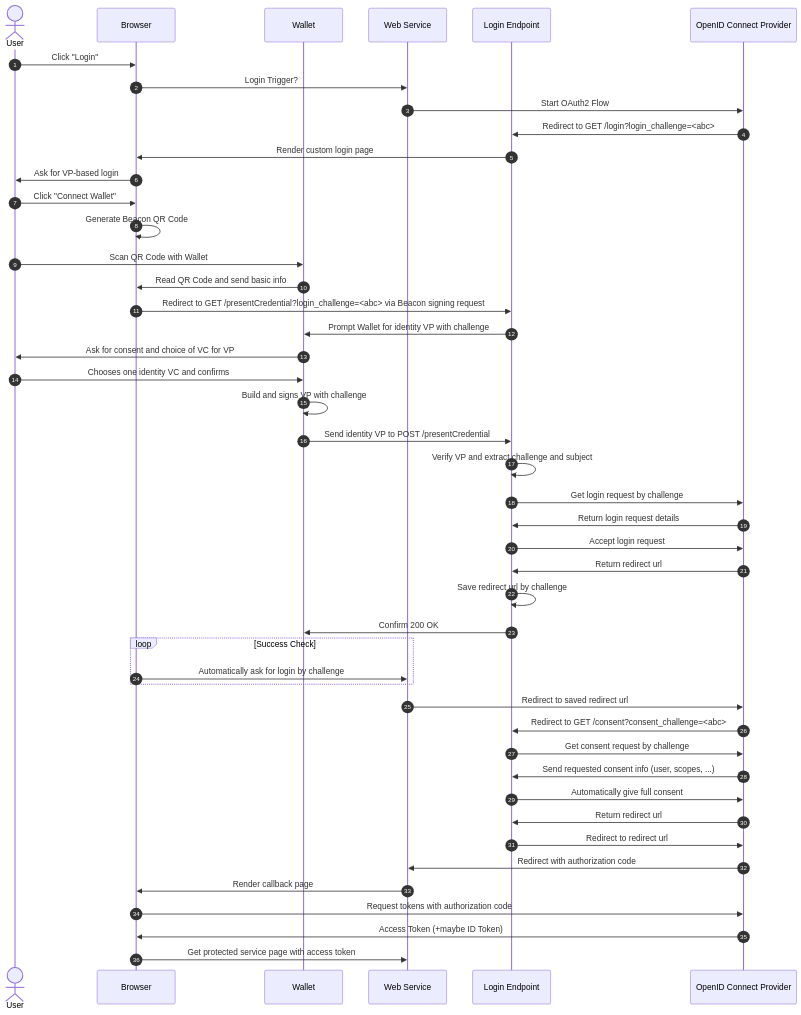
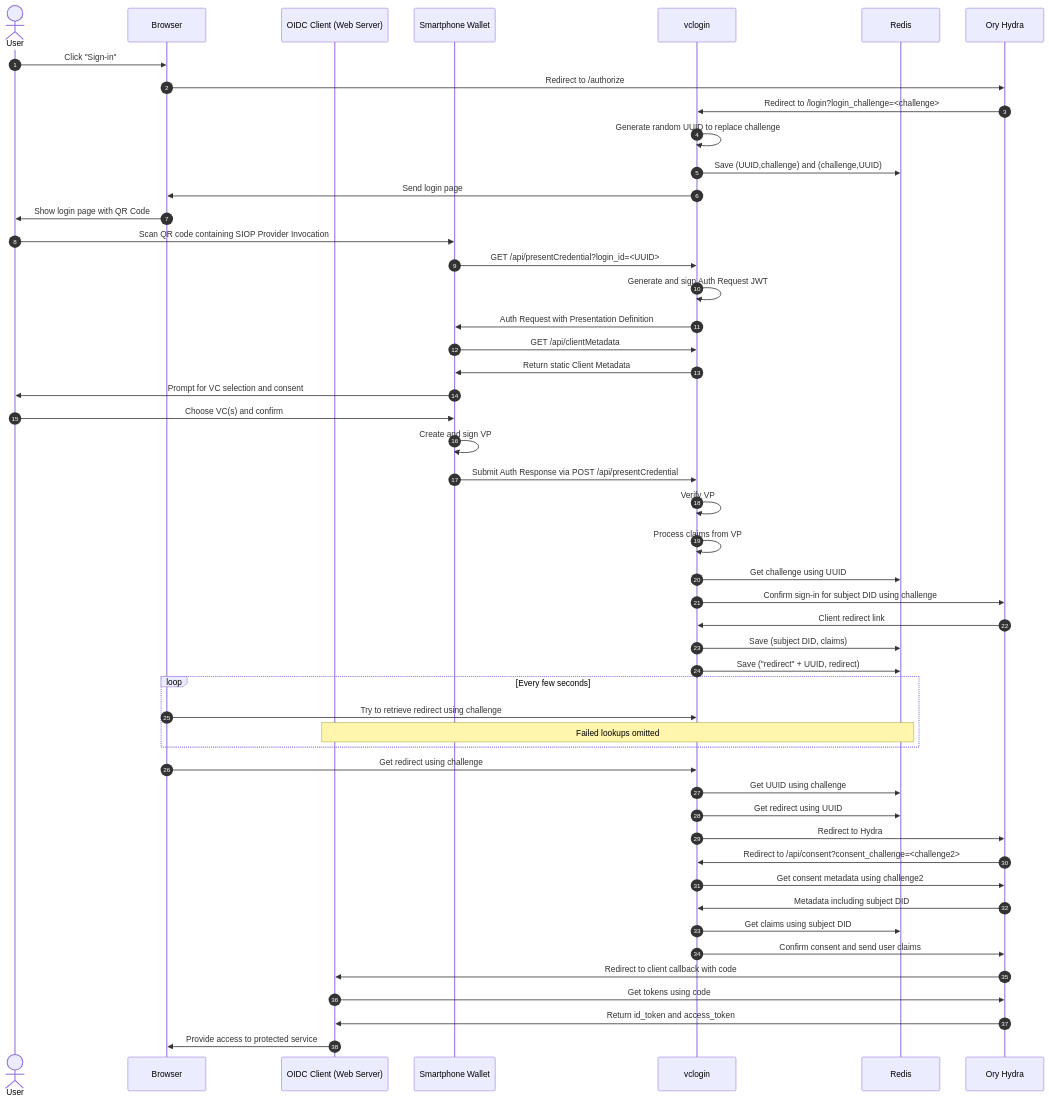
The second of 2 diagrams in README.md (GAIA-X4PLC-AAD/ssi-to-oidc-bridge), drawn with Mermaid before and after one commit. The commit also changed other lines of this file and 29 other files, not shown here.

````diff
--- a/README.md
+++ b/README.md
@@ -35,48 +57,52 @@
 ```mermaid
 sequenceDiagram
 	autonumber
 	actor User
 	participant Browser
-	participant Wallet
-	participant Site as Web Service
-	participant Login as Login Endpoint
-	participant OP as OpenID Connect Provider
-	User->>Browser: Click "Login"
-	Browser->>Site: Login Trigger?
-	Site->>OP: Start OAuth2 Flow
-	OP->>Login: Redirect to GET /login?login_challenge=<abc>
-	Login->>Browser: Render custom login page
-	Browser->>User: Ask for VP-based login
-	User->>Browser: Click "Connect Wallet"
-	Browser->>Browser: Generate Beacon QR Code
-	User->>Wallet: Scan QR Code with Wallet
-	Wallet->>Browser: Read QR Code and send basic info
-	Browser->>Login: Redirect to GET /presentCredential?login_challenge=<abc> via Beacon signing request
-	Login->>Wallet: Prompt Wallet for identity VP with challenge
-	Wallet->>User: Ask for consent and choice of VC for VP
-	User->>Wallet: Chooses one identity VC and confirms
-	Wallet->>Wallet: Build and signs VP with challenge
-	Wallet->>Login: Send identity VP to POST /presentCredential
-	Login->>Login: Verify VP and extract challenge and subject
-	Login->>OP: Get login request by challenge
-	OP->>Login: Return login request details
-	Login->>OP: Accept login request
-	OP->>Login: Return redirect url
-	Login->>Login: Save redirect url by challenge
-	Login->>Wallet: Confirm 200 OK
-	loop Success Check
-		Browser->>Site: Automatically ask for login by challenge
+	participant Client as OIDC Client (Web Server)
+    participant Wallet as Smartphone Wallet
+    participant VPLS as vclogin
+    participant Redis
+    participant OP as Ory Hydra
+	User->>Browser: Click "Sign-in"
+	Browser->>OP: Redirect to /authorize
+	OP->>VPLS: Redirect to /login?login_challenge=<challenge>
+	VPLS->>VPLS: Generate random UUID to replace challenge
+	VPLS->>Redis: Save (UUID,challenge) and (challenge,UUID)
+	VPLS->>Browser: Send login page
+	Browser->>User: Show login page with QR Code
+	User->>Wallet: Scan QR code containing SIOP Provider Invocation
+	Wallet->>VPLS: GET /api/presentCredential?login_id=<UUID>
+	VPLS->>VPLS: Generate and sign Auth Request JWT
+	VPLS->>Wallet: Auth Request with Presentation Definition
+	Wallet->>VPLS: GET /api/clientMetadata
+	VPLS->>Wallet: Return static Client Metadata
+	Wallet->>User: Prompt for VC selection and consent
+	User->>Wallet: Choose VC(s) and confirm
+	Wallet->>Wallet: Create and sign VP
+	Wallet->>VPLS: Submit Auth Response via POST /api/presentCredential
+	VPLS->>VPLS: Verify VP
+	VPLS->>VPLS: Process claims from VP
+	VPLS->>Redis: Get challenge using UUID
+	VPLS->>OP: Confirm sign-in for subject DID using challenge
+	OP->>VPLS: Client redirect link
+	VPLS->>Redis: Save (subject DID, claims)
+	VPLS->>Redis: Save ("redirect" + UUID, redirect)
+	loop Every few seconds
+		Browser->>VPLS: Try to retrieve redirect using challenge
+		Note over Client,Redis: Failed lookups omitted
 	end
-	Site->>OP: Redirect to saved redirect url
-	OP->>Login: Redirect to GET /consent?consent_challenge=<abc>
-	Login->>OP: Get consent request by challenge
-	OP->>Login: Send requested consent info (user, scopes, ...)
-	Login->>OP: Automatically give full consent
-	OP->>Login: Return redirect url
-	Login->>OP: Redirect to redirect url
-	OP->>Site: Redirect with authorization code
-	Site->>Browser: Render callback page
-	Browser->>OP: Request tokens with authorization code
-	OP->>Browser: Access Token (+maybe ID Token)
-	Browser->>Site: Get protected service page with access token
+	Browser->>VPLS: Get redirect using challenge
+	VPLS->>Redis: Get UUID using challenge
+	VPLS->>Redis: Get redirect using UUID
+	VPLS->>OP: Redirect to Hydra
+	OP->>VPLS: Redirect to /api/consent?consent_challenge=<challenge2>
+	VPLS->>OP: Get consent metadata using challenge2
+	OP->>VPLS: Metadata including subject DID
+	VPLS->>Redis: Get claims using subject DID
+	VPLS->>OP: Confirm consent and send user claims
+	OP->>Client: Redirect to client callback with code
+	Client->>OP: Get tokens using code
+	OP->>Client: Return id_token and access_token
+	Client->>Browser: Provide access to protected service
 ```
````
